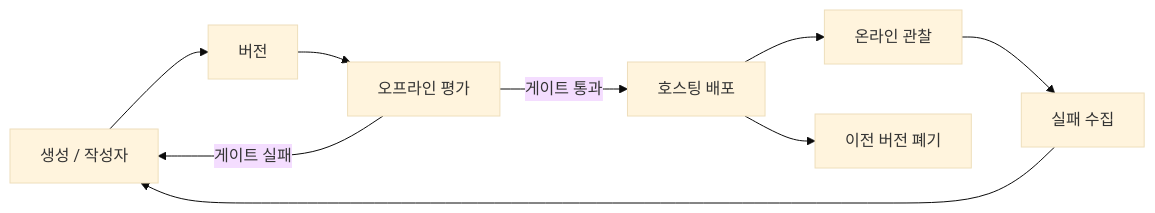
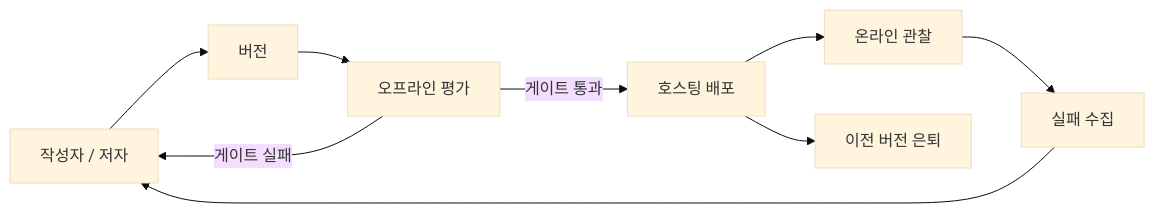
The second of 4 diagrams in mirrors/repos/microsoft@ai-agents-for-beginners/translations/ko/16-deploying-scalable-agents/README.md (gabrielmoreira/agent-skills-mirror), drawn with Mermaid (base theme) before and after one commit. The commit also changed other lines of this file and 3581 other files, not shown here.

````diff
--- a/mirrors/repos/microsoft@ai-agents-for-beginners/translations/ko/16-deploying-scalable-agents/README.md
+++ b/mirrors/repos/microsoft@ai-agents-for-beginners/translations/ko/16-deploying-scalable-agents/README.md
@@ -108,11 +108,11 @@
 ```mermaid
 flowchart LR
-    Create[생성 / 작성자] --> Version[버전]
+    Create[작성자 / 저자] --> Version[버전]
     Version --> Evaluate[오프라인 평가]
     Evaluate -->|게이트 통과| Deploy[호스팅 배포]
     Evaluate -->|게이트 실패| Create
     Deploy --> Observe[온라인 관찰]
     Observe --> Improve[실패 수집]
     Improve --> Create
-    Deploy --> Retire[이전 버전 폐기]
+    Deploy --> Retire[이전 버전 은퇴]
 ```
````
